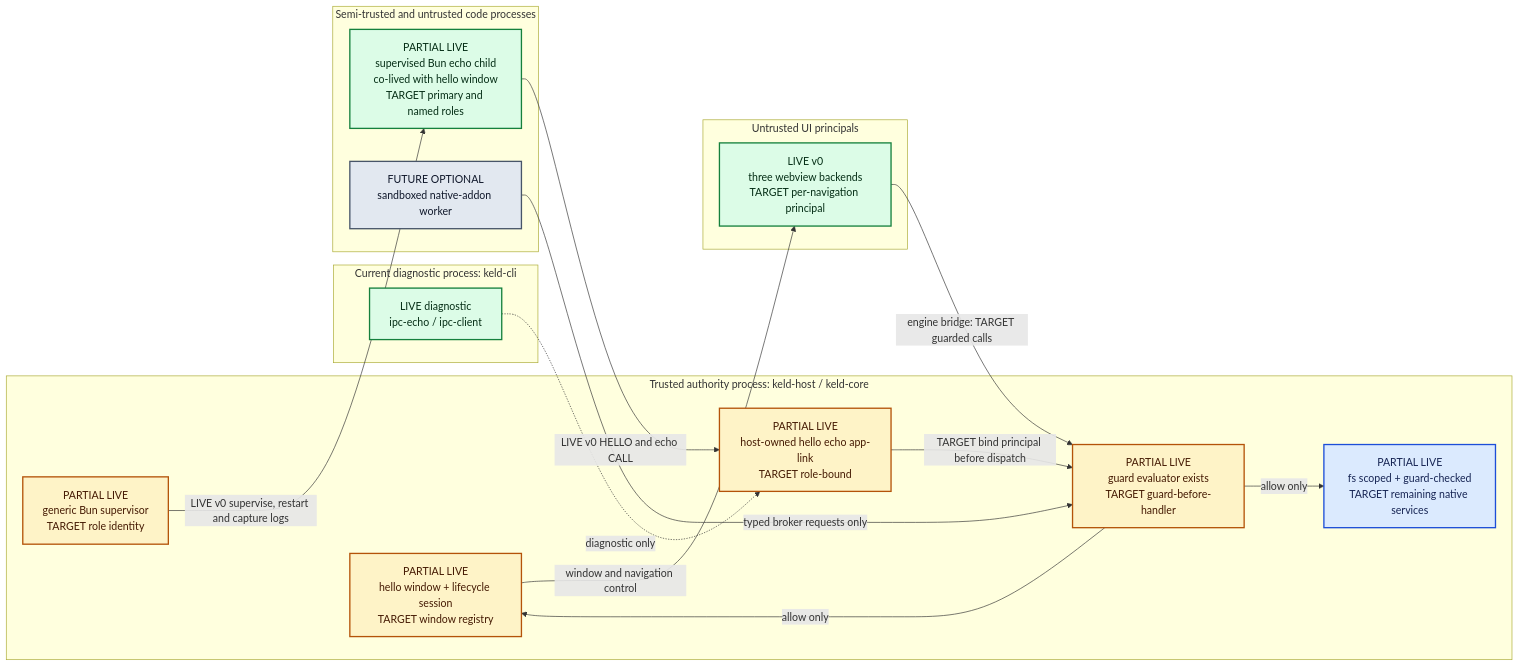
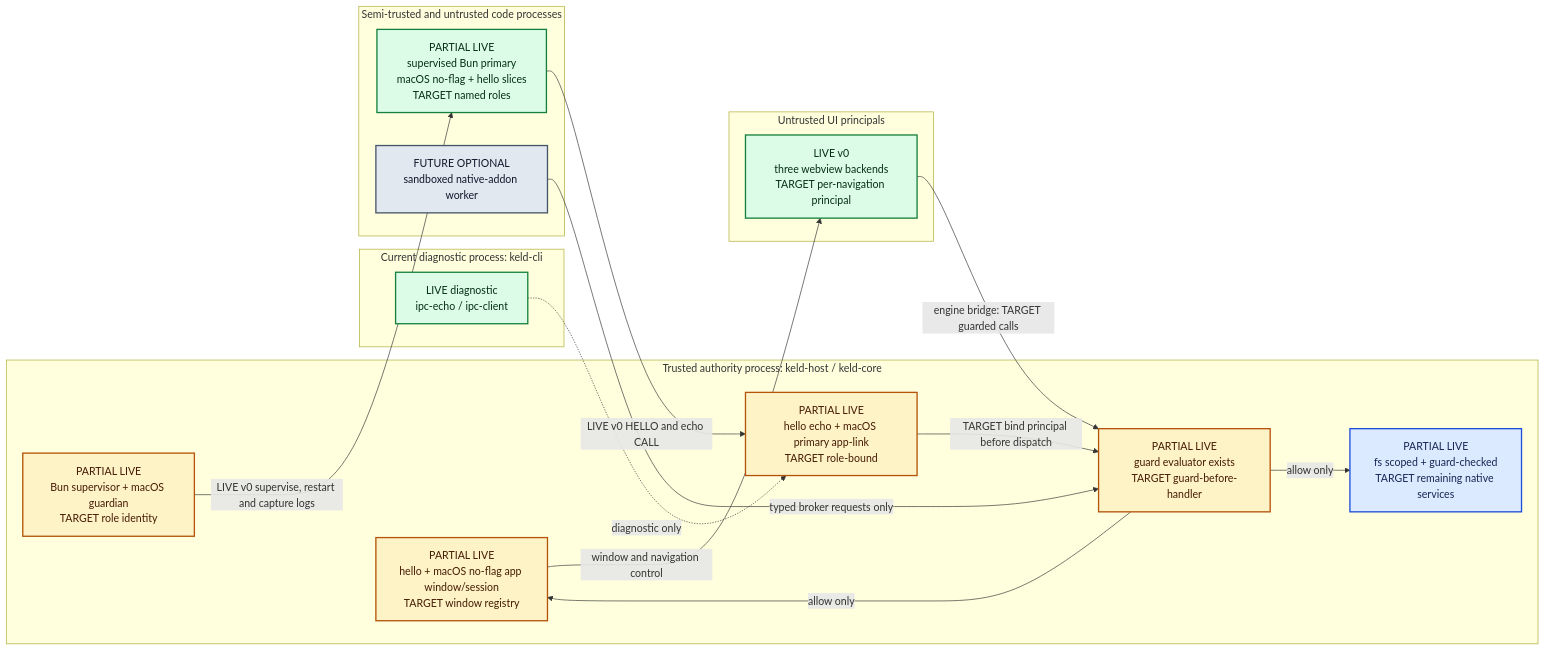
Before and after one commit to gyldlab/keld: the diagram in docs/architecture/01-overview.md, drawn with Mermaid. The commit also changed other lines of this file and 27 other files, not shown here.

Commit message:
feat(host): own atomic macOS boot session (#110)

````diff
--- a/docs/architecture/01-overview.md
+++ b/docs/architecture/01-overview.md
@@ -9,54 +9,55 @@
 ```mermaid
 flowchart LR
     accTitle: Keld process and trust topology
     accDescr {
       The trusted Rust host owns privileged resources and mediates webview and Bun-role
       requests. The live v0 slice has three webview backends, a guard evaluator, a
       host-owned token-authenticated echo link co-lived with the hello window (KEL-30),
-      KEL-70's generic supervised Bun child restart loop, and guard-checked scoped
-      filesystem access (KEL-71). Full role-bound app-link identity, guarded role
+      the macOS no-flag validated host/window/primary-session slice (KEL-96 T1a/T1b),
+      KEL-70/KEL-116 supervision, and guard-checked scoped filesystem access (KEL-71).
+      Full role-bound app-link identity, guarded role
       dispatch, the remaining native services, and an optional sandboxed native-addon
       worker remain destination behavior.
     }
 
     subgraph Host["Trusted authority process: keld-host / keld-core"]
-        Core["PARTIAL LIVE<br/>hello window + lifecycle session<br/>TARGET window registry"]
-        Link["PARTIAL LIVE<br/>host-owned hello echo app-link<br/>TARGET role-bound"]
+        Core["PARTIAL LIVE<br/>hello + macOS no-flag app window/session<br/>TARGET window registry"]
+        Link["PARTIAL LIVE<br/>hello echo + macOS primary app-link<br/>TARGET role-bound"]
         Guard["PARTIAL LIVE<br/>guard evaluator exists<br/>TARGET guard-before-handler"]
         Native["PARTIAL LIVE<br/>fs scoped + guard-checked<br/>TARGET remaining native services"]
-        Runtime["PARTIAL LIVE<br/>generic Bun supervisor<br/>TARGET role identity"]
+        Runtime["PARTIAL LIVE<br/>Bun supervisor + macOS guardian<br/>TARGET role identity"]
     end
 
     subgraph Prototype["Current diagnostic process: keld-cli"]
         CliDiag["LIVE diagnostic<br/>ipc-echo / ipc-client"]
     end
 
     subgraph UI["Untrusted UI principals"]
         Webview["LIVE v0<br/>three webview backends<br/>TARGET per-navigation principal"]
     end
 
     subgraph JS["Semi-trusted and untrusted code processes"]
-        App["PARTIAL LIVE<br/>supervised Bun echo child<br/>co-lived with hello window<br/>TARGET primary and named roles"]
+        App["PARTIAL LIVE<br/>supervised Bun primary<br/>macOS no-flag + hello slices<br/>TARGET named roles"]
         Addon["FUTURE OPTIONAL<br/>sandboxed native-addon worker"]
     end
 
     Runtime -->|LIVE v0 supervise, restart and capture logs| App
     App -->|LIVE v0 HELLO and echo CALL| Link
     CliDiag -.->|diagnostic only| Link
     Link -->|TARGET bind principal before dispatch| Guard
     Webview -->|engine bridge: TARGET guarded calls| Guard
     Addon -->|typed broker requests only| Guard
     Guard -->|allow only| Core
     Guard -->|allow only| Native
     Core -->|window and navigation control| Webview
 
     classDef current fill:#dcfce7,stroke:#15803d,color:#052e16,stroke-width:2px;
     classDef target fill:#dbeafe,stroke:#1d4ed8,color:#172554,stroke-width:2px;
     classDef gate fill:#fef3c7,stroke:#b45309,color:#451a03,stroke-width:2px;
     classDef external fill:#e2e8f0,stroke:#475569,color:#0f172a,stroke-width:2px;
 
     class Native target;
     class Core,Link,Runtime,Guard gate;
     class CliDiag,Webview,App current;
     class Addon external;
 ```
````
